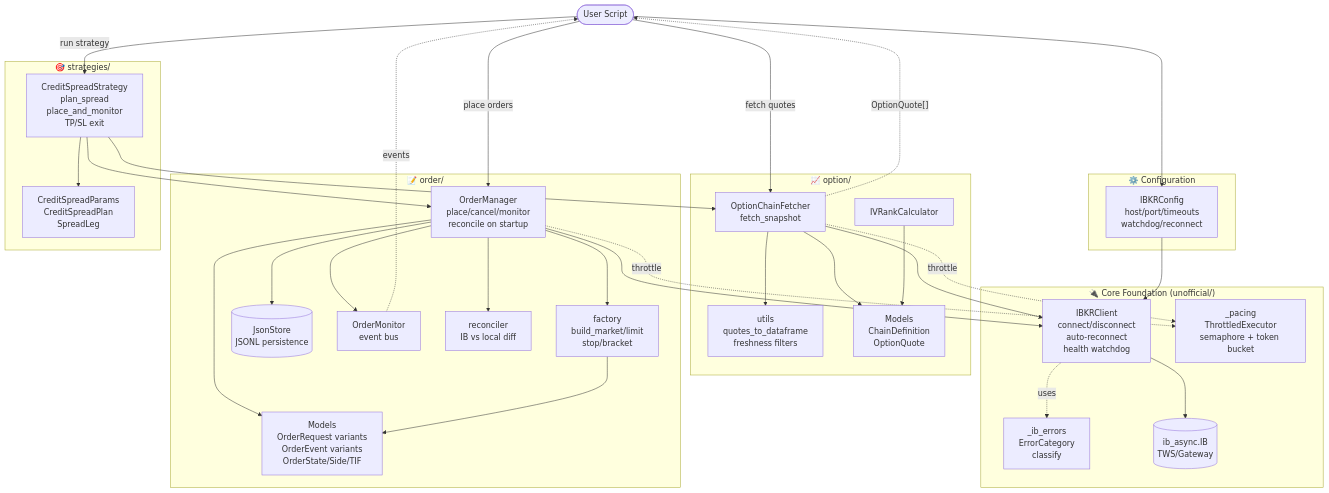
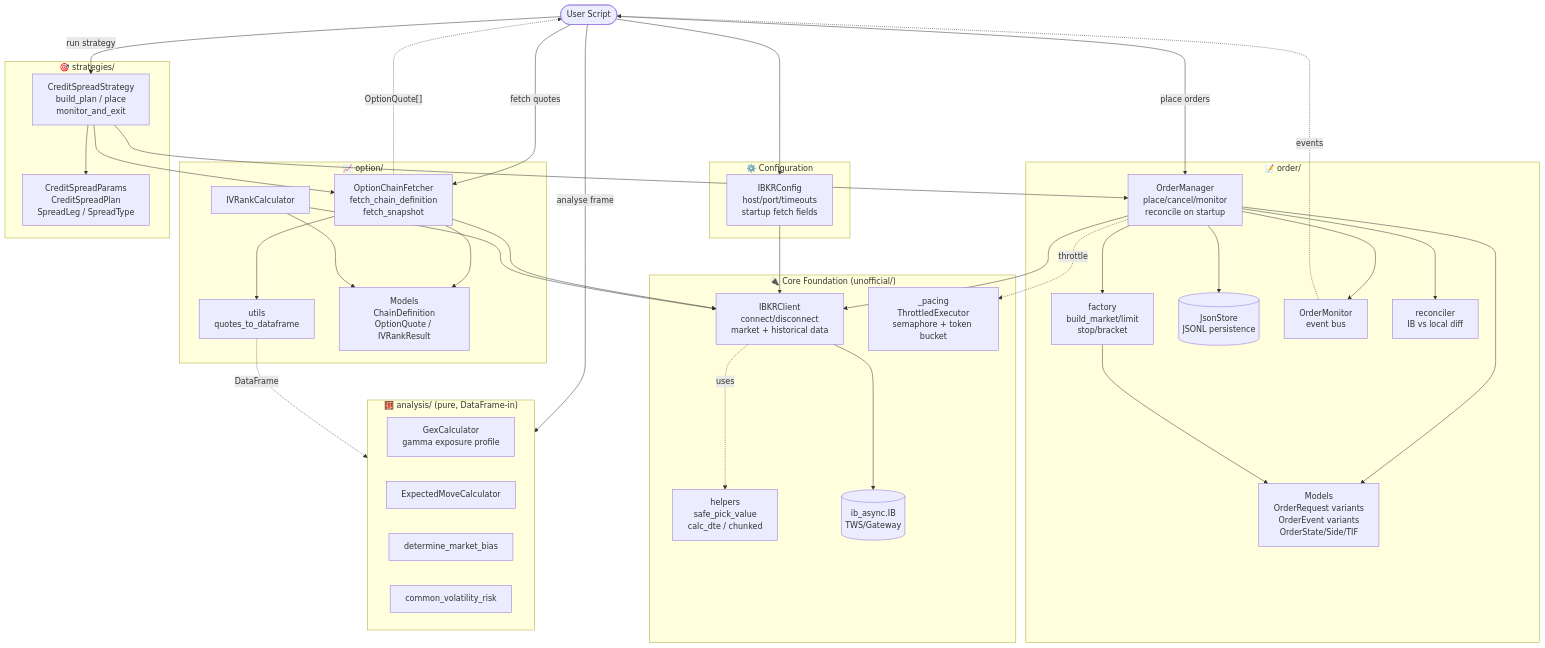
Before and after one commit to bigbossguru/ibtws: the diagram in docs/architecture.md, drawn with Mermaid. The commit also changed other lines of this file and 3 other files, not shown here.

First line of the commit message:
docs: sync module reference and architecture with actual code (#29)

````diff
--- a/docs/architecture.md
+++ b/docs/architecture.md
@@ -5,67 +5,77 @@
 ```mermaid
 flowchart TB
     User([User Script])
 
     subgraph Config["⚙️ Configuration"]
-        IBKRConfig[IBKRConfig<br/>host/port/timeouts<br/>watchdog/reconnect]
+        IBKRConfig[IBKRConfig<br/>host/port/timeouts<br/>startup fetch fields]
     end
 
     subgraph Core["🔌 Core Foundation (unofficial/)"]
-        Client[IBKRClient<br/>connect/disconnect<br/>auto-reconnect<br/>health watchdog]
-        Errors[_ib_errors<br/>ErrorCategory<br/>classify]
+        Client[IBKRClient<br/>connect/disconnect<br/>market + historical data]
         Pacing[_pacing<br/>ThrottledExecutor<br/>semaphore + token bucket]
+        Helpers[helpers<br/>safe_pick_value<br/>calc_dte / chunked]
         IB[(ib_async.IB<br/>TWS/Gateway)]
     end
 
     subgraph Options["📈 option/"]
-        ChainFetcher[OptionChainFetcher<br/>fetch_snapshot]
+        ChainFetcher[OptionChainFetcher<br/>fetch_chain_definition<br/>fetch_snapshot]
         IVRank[IVRankCalculator]
-        OptUtils[utils<br/>quotes_to_dataframe<br/>freshness filters]
-        OptModels[Models<br/>ChainDefinition<br/>OptionQuote]
+        OptUtils[utils<br/>quotes_to_dataframe]
+        OptModels[Models<br/>ChainDefinition<br/>OptionQuote / IVRankResult]
     end
 
     subgraph Orders["📝 order/"]
         OrderMgr[OrderManager<br/>place/cancel/monitor<br/>reconcile on startup]
         Factory[factory<br/>build_market/limit<br/>stop/bracket]
         Store[(JsonStore<br/>JSONL persistence)]
         Monitor[OrderMonitor<br/>event bus]
         Reconciler[reconciler<br/>IB vs local diff]
         OrdModels[Models<br/>OrderRequest variants<br/>OrderEvent variants<br/>OrderState/Side/TIF]
     end
 
+    subgraph Analysis["🧮 analysis/ (pure, DataFrame-in)"]
+        Gex[GexCalculator<br/>gamma exposure profile]
+        ExpMove[ExpectedMoveCalculator]
+        Bias[determine_market_bias]
+        VolRisk[common_volatility_risk]
+    end
+
     subgraph Strategies["🎯 strategies/"]
-        CreditSpread[CreditSpreadStrategy<br/>plan_spread<br/>place_and_monitor<br/>TP/SL exit]
-        StratModels[CreditSpreadParams<br/>CreditSpreadPlan<br/>SpreadLeg]
+        CreditSpread[CreditSpreadStrategy<br/>build_plan / place<br/>monitor_and_exit]
+        StratModels[CreditSpreadParams<br/>CreditSpreadPlan<br/>SpreadLeg / SpreadType]
     end
 
     User --> IBKRConfig
     IBKRConfig --> Client
     Client --> IB
-    Client -.uses.-> Errors
+    Client -.uses.-> Helpers
 
     User -->|fetch quotes| ChainFetcher
     User -->|place orders| OrderMgr
     User -->|run strategy| CreditSpread
+    User -->|analyse frame| Analysis
 
     ChainFetcher --> Client
-    ChainFetcher -.throttle.-> Pacing
     ChainFetcher --> OptModels
     ChainFetcher --> OptUtils
+    IVRank --> Client
     IVRank --> OptModels
 
     OrderMgr --> Client
     OrderMgr -.throttle.-> Pacing
     OrderMgr --> Factory
     OrderMgr --> Store
     OrderMgr --> Monitor
     OrderMgr --> Reconciler
     OrderMgr --> OrdModels
     Factory --> OrdModels
 
     CreditSpread --> ChainFetcher
     CreditSpread --> OrderMgr
     CreditSpread --> StratModels
 
+    OptUtils -.DataFrame.-> Analysis
+
     Monitor -.events.-> User
     ChainFetcher -.OptionQuote[].-> User
 ```
````
